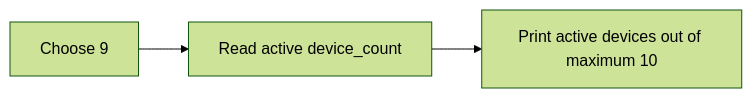
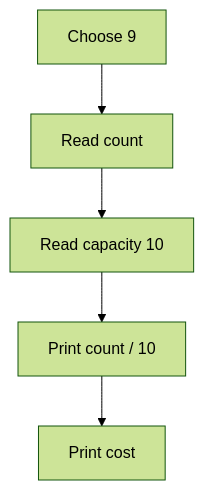
One commit to Kanechiii/nodex changed the tenth of 11 diagrams in docs/WORKFLOWS.md. Above: the diagram before and after it, drawn with Mermaid (forest theme). The commit also changed other lines of this file and 5 other files, not shown here.

````diff
--- a/docs/WORKFLOWS.md
+++ b/docs/WORKFLOWS.md
@@ -236,5 +293,7 @@
 ```mermaid
-flowchart LR
-    A["Choose 9"] --> B["Read active device_count"]
-    B --> C["Print active devices out of maximum 10"]
+flowchart TD
+    A["Choose 9"] --> B["Read count"]
+    B --> C["Read capacity 10"]
+    C --> D["Print count / 10"]
+    D --> Z["Print cost"]
 ```
````
